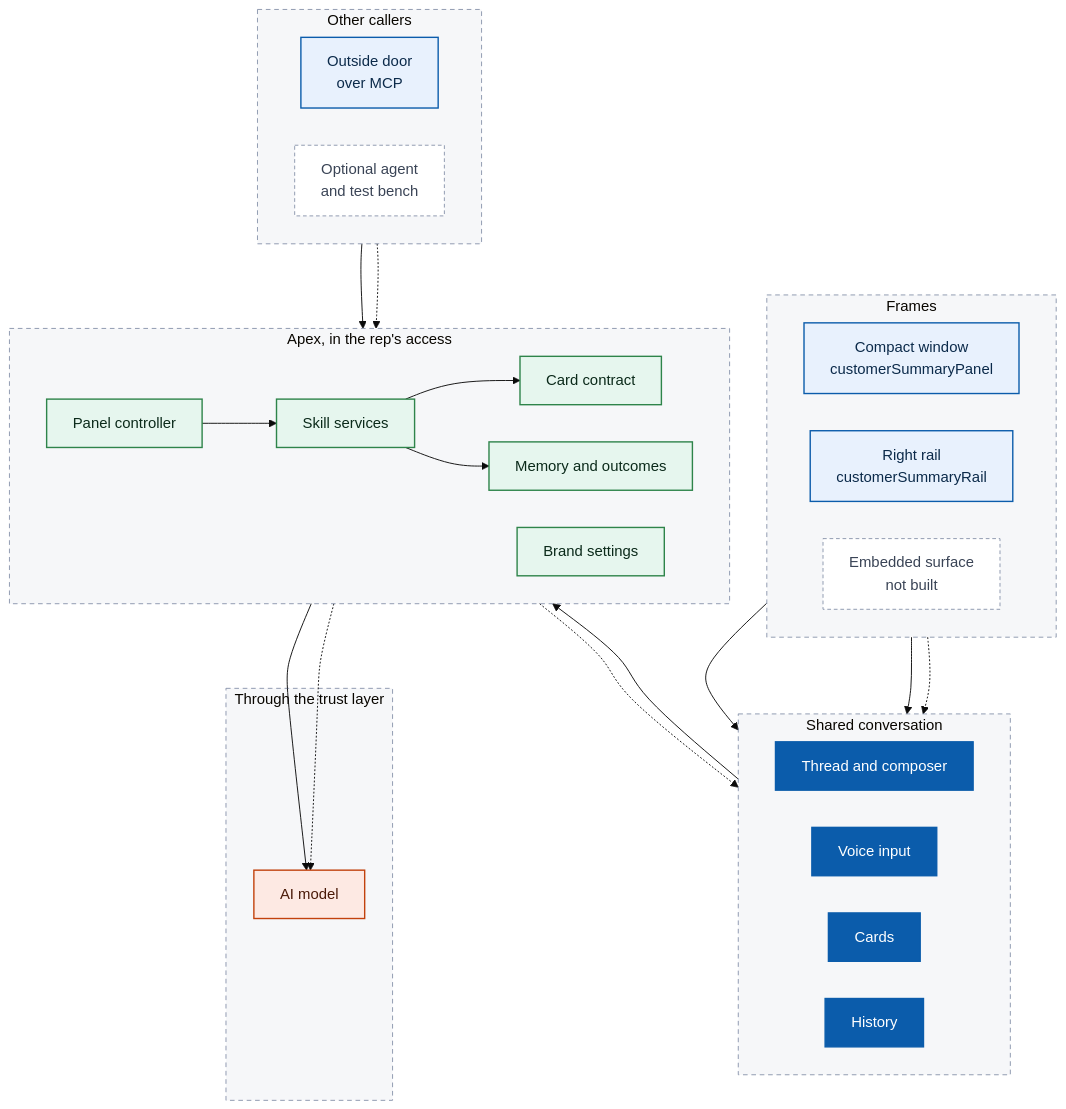
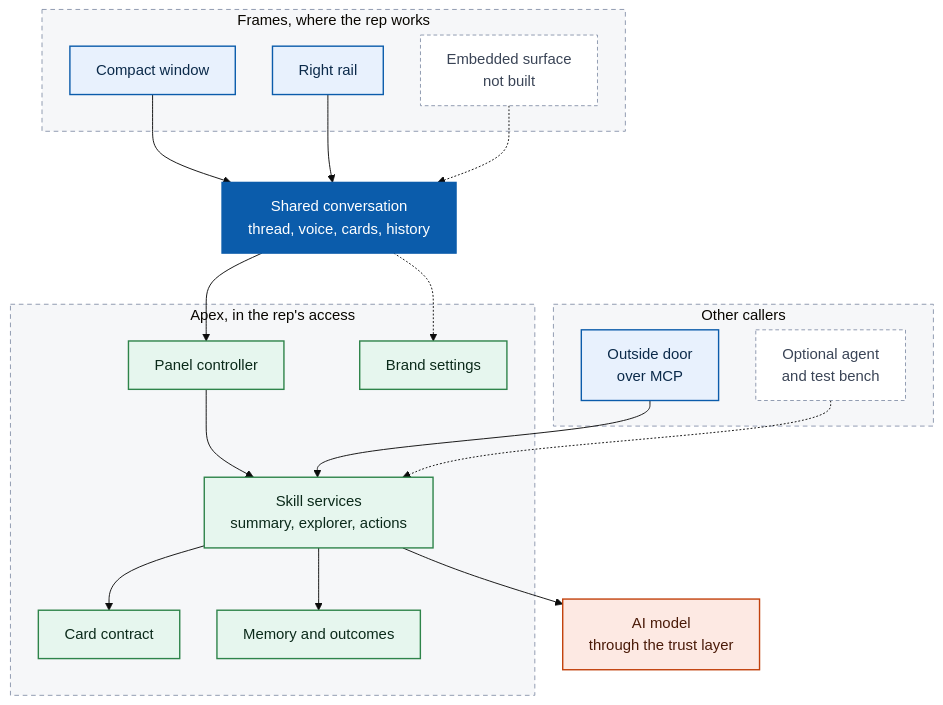
One commit to nelsben/generic-agent changed the first of 4 diagrams in README.md. Above: the diagram before and after it, drawn with Mermaid (base theme). The commit also changed 1 other file, not shown here.

Commit message:
OPS-67: component flowchart redrawn top-down so it reads in one pass and keeps the corner clear

````diff
--- a/README.md
+++ b/README.md
@@ -101,66 +101,54 @@
 ```mermaid
 ---
 config:
   layout: dagre
   flowchart:
     curve: basis
     nodeSpacing: 40
     rankSpacing: 55
     wrappingWidth: 220
     padding: 14
 ---
 flowchart TB
-    subgraph FR["Frames"]
-        direction LR
-        CW["Compact window<br/>customerSummaryPanel"]
-        RR["Right rail<br/>customerSummaryRail"]
+    subgraph FR["Frames, where the rep works"]
+        CW["Compact window"]
+        RR["Right rail"]
         EM["Embedded surface<br/>not built"]
     end
-    subgraph CORE["Shared conversation"]
-        direction LR
-        TH["Thread and composer"]
-        VO["Voice input"]
-        CA["Cards"]
-        HI["History"]
-    end
-    subgraph APX["Apex, in the rep's access"]
-        direction LR
-        PC["Panel controller"]
-        SK["Skill services"]
-        AC["Card contract"]
-        ST["Memory and outcomes"]
-        BR["Brand settings"]
-    end
-    subgraph MODEL["Through the trust layer"]
-        LLM["AI model"]
-    end
     subgraph OUT["Other callers"]
-        direction LR
         MCP["Outside door<br/>over MCP"]
         AG["Optional agent<br/>and test bench"]
     end
-    CW --> CORE
-    RR --> CORE
-    EM -.-> CORE
-    CORE --> PC
+    CONV["Shared conversation<br/>thread, voice, cards, history"]
+    subgraph APX["Apex, in the rep's access"]
+        PC["Panel controller"]
+        BR["Brand settings"]
+        SK["Skill services<br/>summary, explorer, actions"]
+        AC["Card contract"]
+        ST["Memory and outcomes"]
+    end
+    LLM["AI model<br/>through the trust layer"]
+    CW --> CONV
+    RR --> CONV
+    EM -.-> CONV
+    CONV --> PC
+    CONV -.-> BR
     PC --> SK
+    MCP --> SK
+    AG -.-> SK
     SK --> AC
     SK --> ST
     SK --> LLM
-    BR -.-> CORE
-    BR -.-> LLM
-    MCP --> SK
-    AG -.-> SK
     classDef surface fill:#E8F1FD,stroke:#0B5CAB,color:#0B2A4A,stroke-width:1.5px
     classDef core fill:#0B5CAB,stroke:#0B5CAB,color:#FFFFFF,stroke-width:1.5px
     classDef apex fill:#E6F6EE,stroke:#2E844A,color:#0B2A1A,stroke-width:1.5px
     classDef model fill:#FDE9E3,stroke:#C2410C,color:#4A1A08,stroke-width:1.5px
     classDef later fill:#FFFFFF,stroke:#8A96AD,color:#3A4456,stroke-dasharray:4 3
     classDef zone fill:#8A96AD14,stroke:#8A96AD,stroke-width:1px,stroke-dasharray:5 4
     class CW,RR,MCP surface
-    class TH,VO,CA,HI core
+    class CONV core
     class PC,SK,AC,ST,BR apex
     class LLM model
     class EM,AG later
-    class FR,CORE,APX,MODEL,OUT zone
+    class FR,OUT,APX zone
 ```
````
